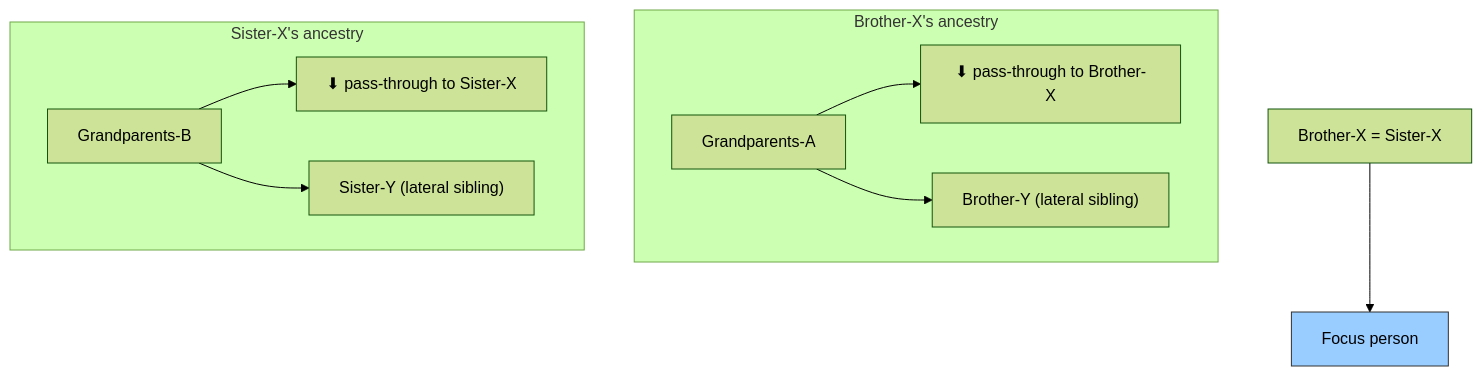
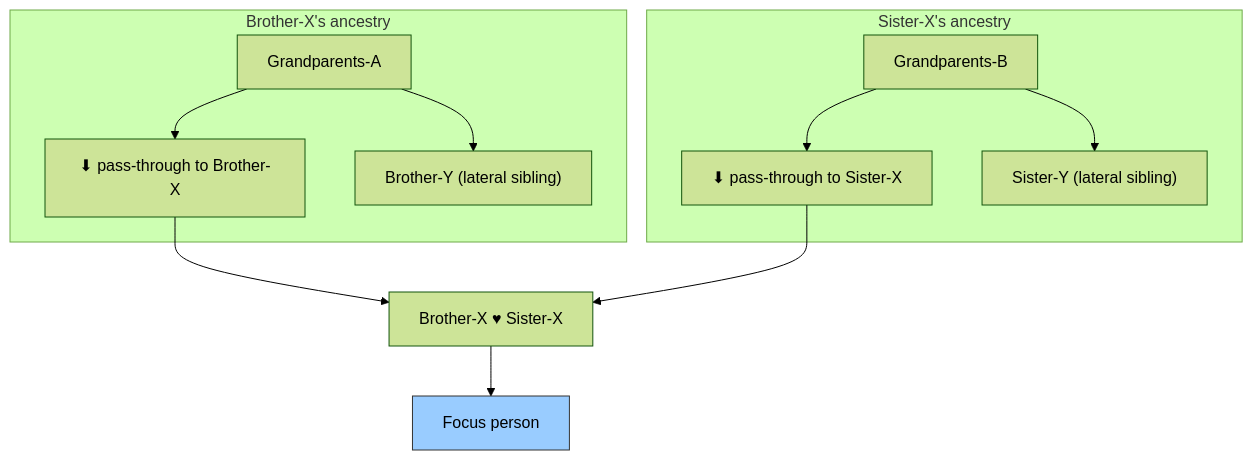
Before and after one commit to san650/ancestry: diagram 13 of 13 in lib/ancestry/people/CLAUDE.md, drawn with Mermaid (forest theme). The commit also changed other lines of this file, not shown here.

Commit message:
Improve the graphs

````diff
--- a/lib/ancestry/people/CLAUDE.md
+++ b/lib/ancestry/people/CLAUDE.md
@@ -355,19 +371,20 @@
 ```mermaid
-graph TD
+flowchart TD
     subgraph dad_side ["Brother-X's ancestry"]
         GPA["Grandparents-A"]
         GPA --> BX_pt["⬇ pass-through to Brother-X"]
         GPA --> BY_lat["Brother-Y (lateral sibling)"]
     end
 
     subgraph mom_side ["Sister-X's ancestry"]
         GPB["Grandparents-B"]
         GPB --> SX_pt["⬇ pass-through to Sister-X"]
         GPB --> SY_lat["Sister-Y (lateral sibling)"]
     end
 
-    CE["Brother-X = Sister-X"]
+    BX_pt --> CE["Brother-X ♥ Sister-X"]
+    SX_pt --> CE
     CE --> Focus["Focus person"]
 
     style Focus fill:#9cf,stroke:#333,color:#000
 ```
````
